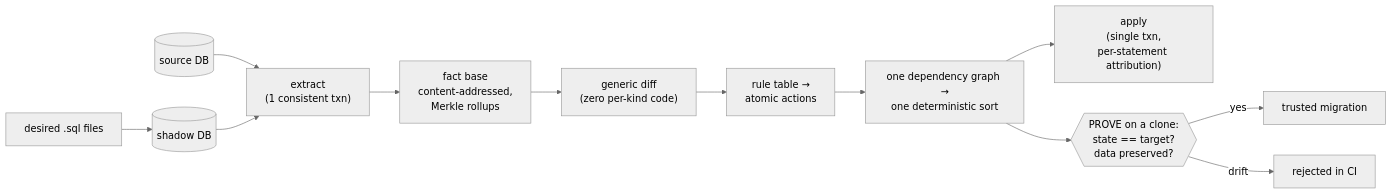
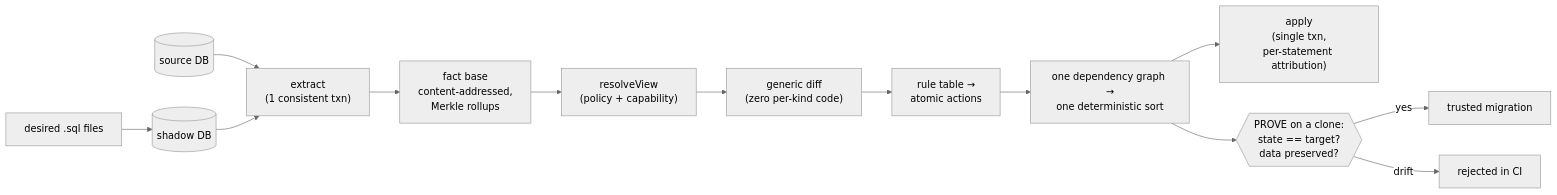
One commit to 7ttp/pg-toolbelt changed the third of 4 diagrams in docs/overview.md. Above: the diagram before and after it, drawn with Mermaid (neutral theme). The commit also changed other lines of this file and 4 other files, not shown here.

````diff
--- a/docs/overview.md
+++ b/docs/overview.md
@@ -107,13 +120,14 @@
 ```mermaid
 flowchart LR
     DB[(source DB)] --> EX
     SQL["desired .sql files"] --> SH[(shadow DB)] --> EX
     EX["extract<br/>(1 consistent txn)"] --> FB["fact base<br/>content-addressed,<br/>Merkle rollups"]
-    FB --> DIFF["generic diff<br/>(zero per-kind code)"]
+    FB --> VIEW["resolveView<br/>(policy + capability)"]
+    VIEW --> DIFF["generic diff<br/>(zero per-kind code)"]
     DIFF --> RULES["rule table →<br/>atomic actions"]
     RULES --> GRAPH["one dependency graph →<br/>one deterministic sort"]
     GRAPH --> APPLY["apply<br/>(single txn,<br/>per-statement attribution)"]
     GRAPH --> PROVE{{"PROVE on a clone:<br/>state == target?<br/>data preserved?"}}
     PROVE -->|yes| TRUST["trusted migration"]
     PROVE -->|drift| REJECT["rejected in CI"]
 ```
````
